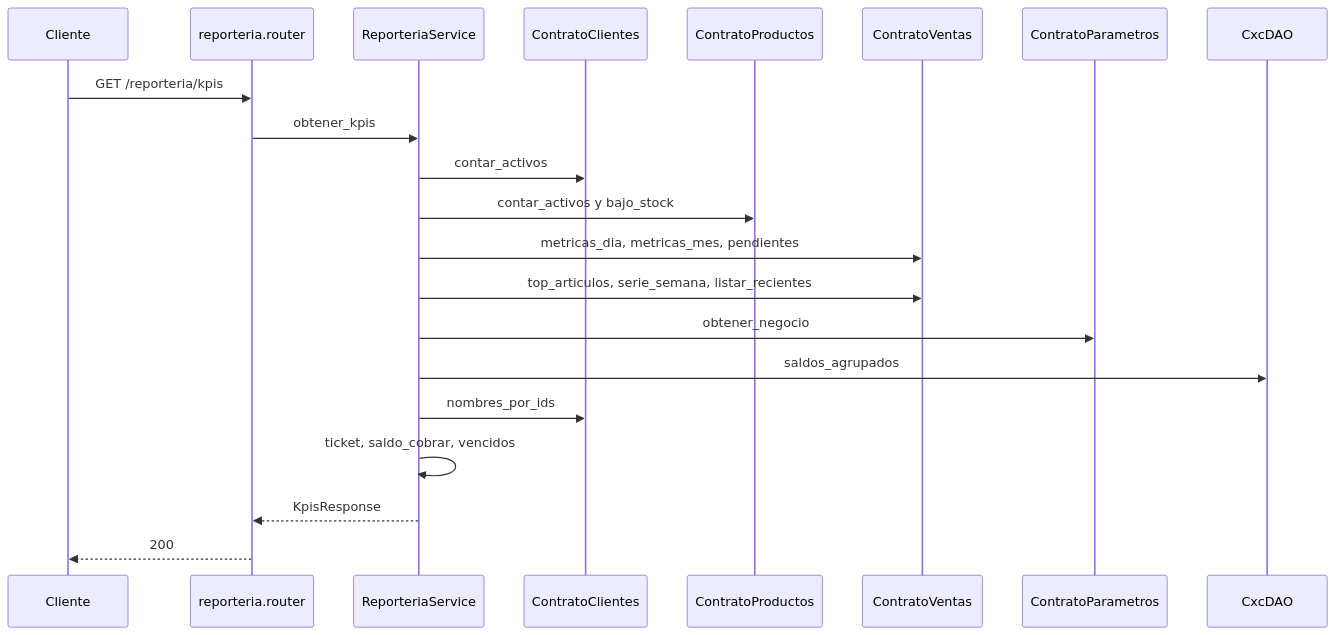
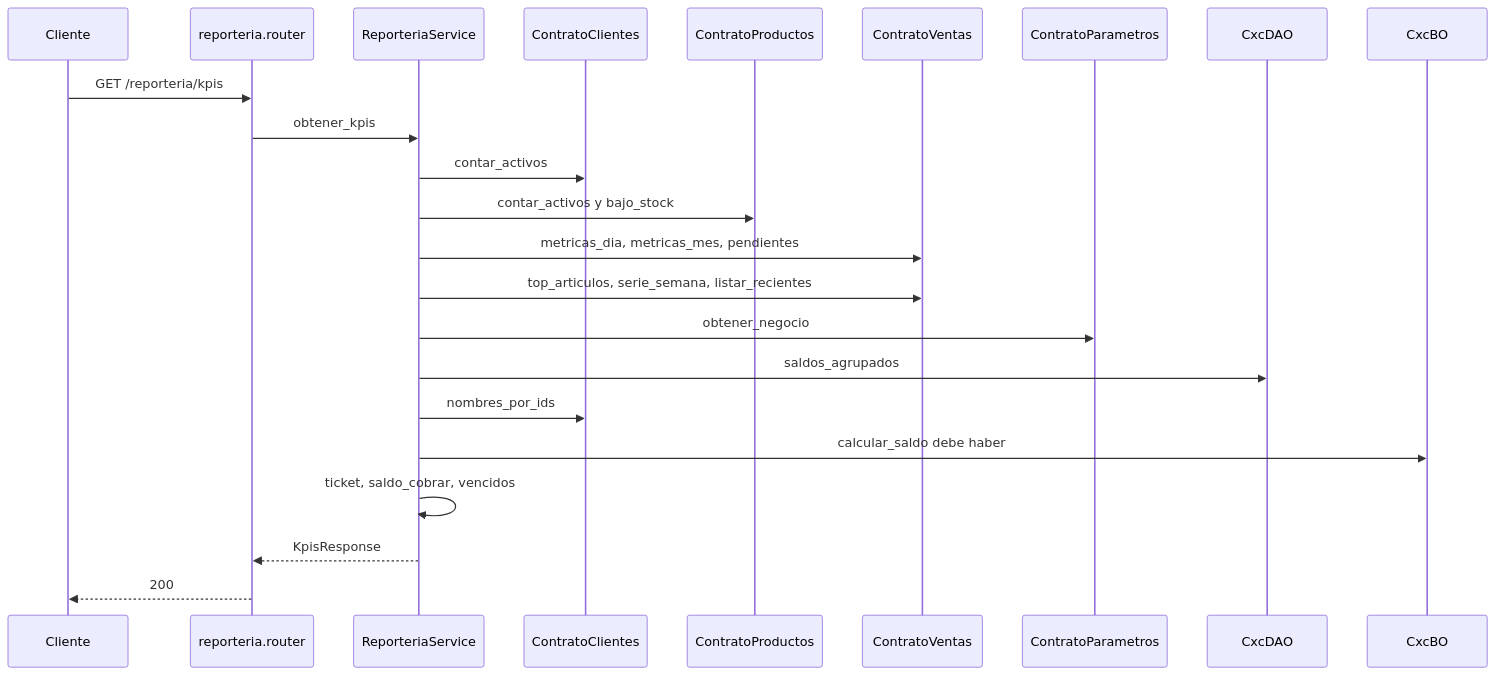
The diagram in docs/diagramas/reporteria.md (estsan3/ventas360-api), drawn with Mermaid before and after one commit. The commit also changed other lines of this file and 21 other files, not shown here.

First line of the commit message:
docs: diagramas de secuencia por módulo (sync 2026-11-13)

````diff
--- a/docs/diagramas/reporteria.md
+++ b/docs/diagramas/reporteria.md
@@ -8,24 +8,26 @@
 ```mermaid
 sequenceDiagram
     participant Cliente
     participant Router as reporteria.router
     participant Service as ReporteriaService
     participant Clientes as ContratoClientes
     participant Productos as ContratoProductos
     participant Ventas as ContratoVentas
     participant Param as ContratoParametros
-    participant Cxc as CxcDAO
+    participant CxcDAO
+    participant CxcBO
 
     Cliente->>Router: GET /reporteria/kpis
     Router->>Service: obtener_kpis
     Service->>Clientes: contar_activos
     Service->>Productos: contar_activos y bajo_stock
     Service->>Ventas: metricas_dia, metricas_mes, pendientes
     Service->>Ventas: top_articulos, serie_semana, listar_recientes
     Service->>Param: obtener_negocio
-    Service->>Cxc: saldos_agrupados
+    Service->>CxcDAO: saldos_agrupados
     Service->>Clientes: nombres_por_ids
+    Service->>CxcBO: calcular_saldo debe haber
     Service->>Service: ticket, saldo_cobrar, vencidos
     Service-->>Router: KpisResponse
     Router-->>Cliente: 200
 ```
````
